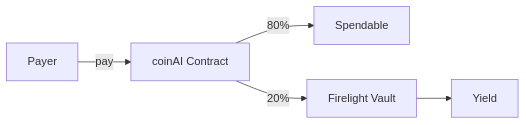
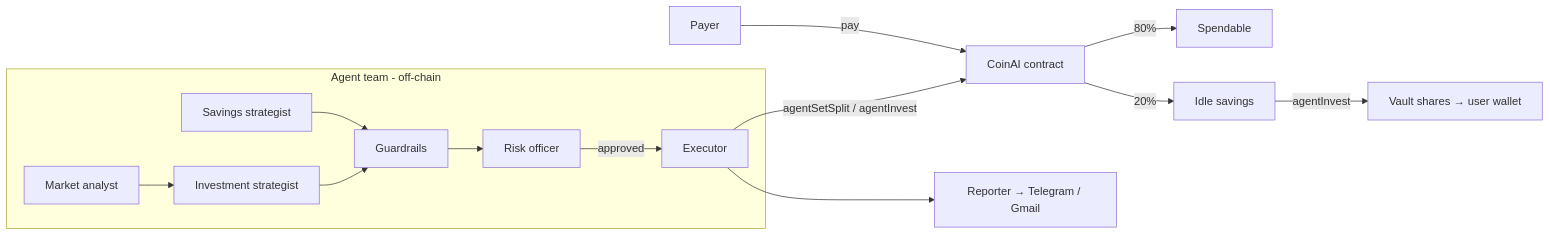
One commit to maulana-tech/coinai changed the diagram in README.md. Above: the diagram before and after it, drawn with Mermaid. The commit also changed other lines of this file, not shown here.

Commit message:
docs(README.md): BNB Chain migration, AI agent team, market analyst & Telegram chat

````diff
--- a/README.md
+++ b/README.md
@@ -32,7 +24,16 @@
 ```mermaid
 flowchart LR
-    P[Payer] -->|pay| C[coinAI Contract]
+    P[Payer] -->|pay| C[CoinAI contract]
     C -->|80%| S[Spendable]
-    C -->|20%| V[Firelight Vault]
-    V --> Y[Yield]
+    C -->|20%| I[Idle savings]
+    subgraph Agent team - off-chain
+      MA[Market analyst] --> IS
+      SS[Savings strategist] --> G[Guardrails]
+      IS[Investment strategist] --> G
+      G --> R[Risk officer]
+      R -->|approved| E[Executor]
+    end
+    E -->|agentSetSplit / agentInvest| C
+    I -->|agentInvest| V[Vault shares → user wallet]
+    E --> RP[Reporter → Telegram / Gmail]
 ```
````
